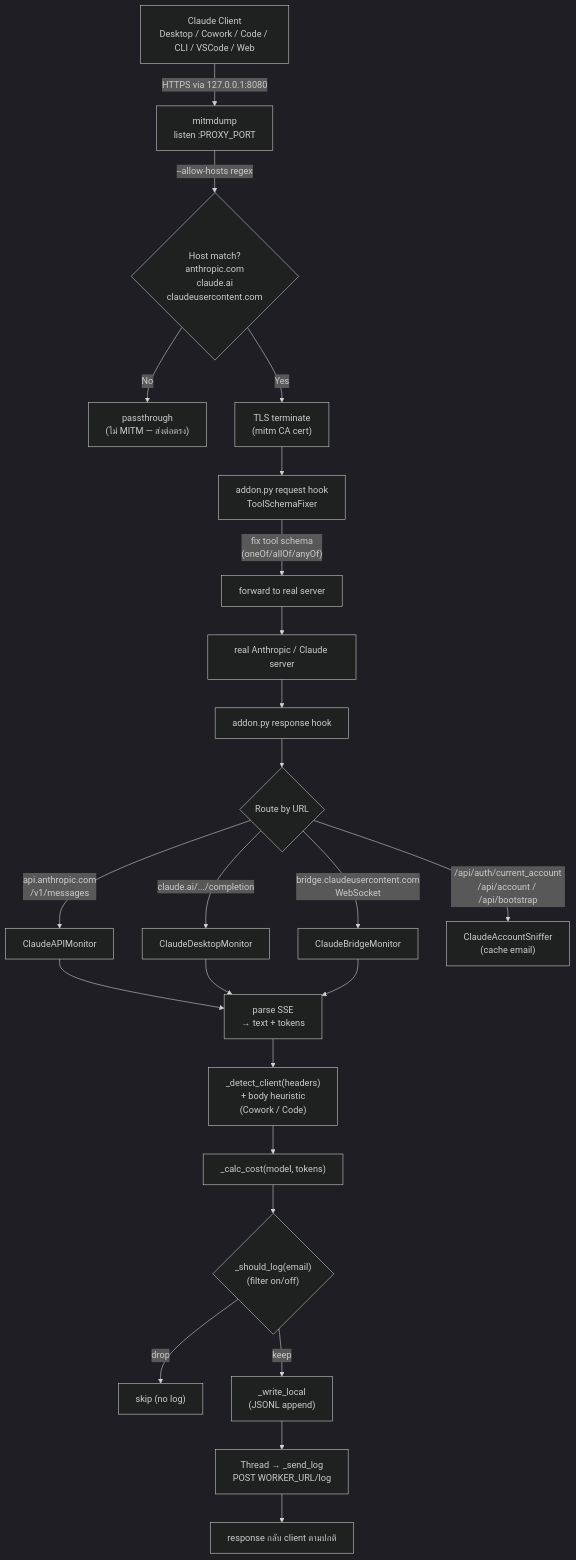
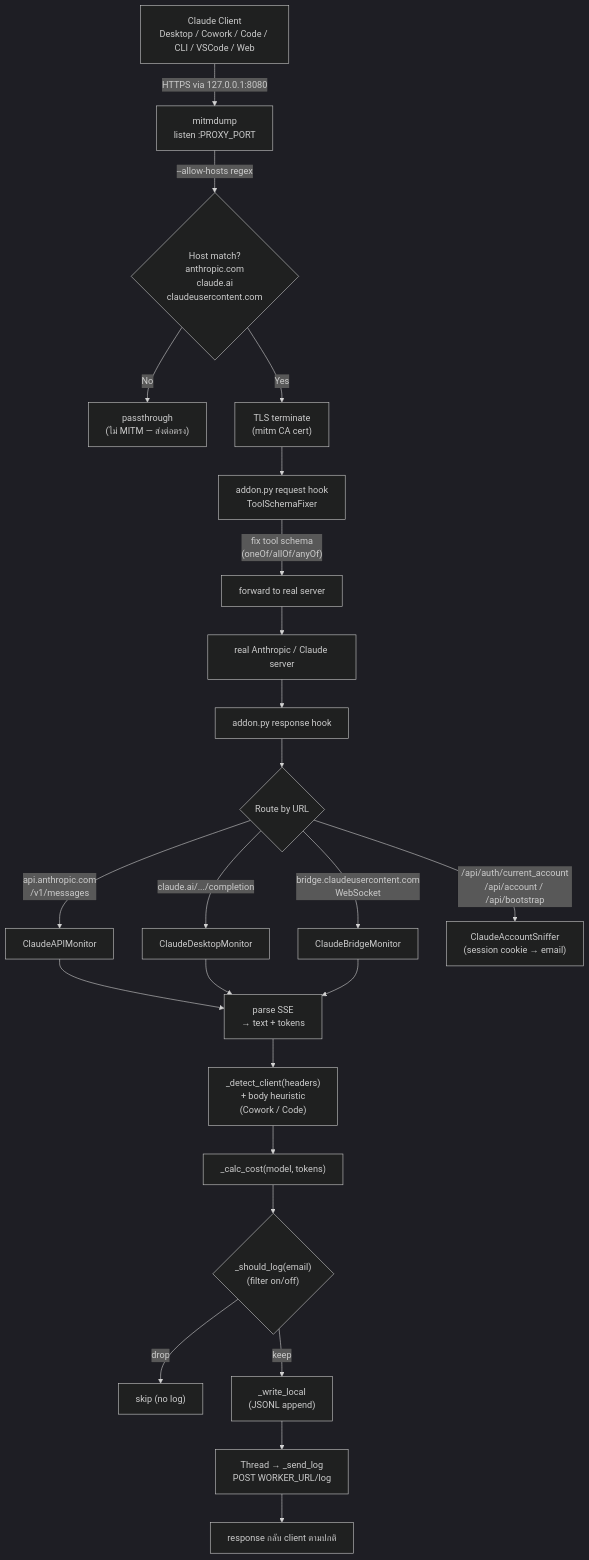
One commit to thanakritneung171/claude-monitor changed the diagram in proxy/PROXY-GUIDE.md. Above: the diagram before and after it, drawn with Mermaid (dark theme). The commit also changed other lines of this file and 45 other files, not shown here.

````diff
--- a/proxy/PROXY-GUIDE.md
+++ b/proxy/PROXY-GUIDE.md
@@ -97,26 +97,26 @@
 ```mermaid
 flowchart TD
     A["Claude Client<br/>Desktop / Cowork / Code / CLI / VSCode / Web"] -->|HTTPS via 127.0.0.1:8080| B["mitmdump<br/>listen :PROXY_PORT"]
     B -->|--allow-hosts regex| C{"Host match?<br/>anthropic.com<br/>claude.ai<br/>claudeusercontent.com"}
     C -->|No| Z["passthrough<br/>(ไม่ MITM — ส่งต่อตรง)"]
     C -->|Yes| D["TLS terminate<br/>(mitm CA cert)"]
     D --> E["addon.py request hook<br/>ToolSchemaFixer"]
     E -->|"fix tool schema<br/>(oneOf/allOf/anyOf)"| F["forward to real server"]
     F --> G["real Anthropic / Claude server"]
     G --> H["addon.py response hook"]
     H --> I{"Route by URL"}
     I -->|"api.anthropic.com<br/>/v1/messages"| J[ClaudeAPIMonitor]
     I -->|"claude.ai/.../completion"| K[ClaudeDesktopMonitor]
     I -->|"bridge.claudeusercontent.com<br/>WebSocket"| L[ClaudeBridgeMonitor]
-    I -->|"/api/auth/current_account<br/>/api/account / /api/bootstrap"| M["ClaudeAccountSniffer<br/>(cache email)"]
+    I -->|"/api/auth/current_account<br/>/api/account / /api/bootstrap"| M["ClaudeAccountSniffer<br/>(session cookie → email)"]
     J --> N["parse SSE<br/>→ text + tokens"]
     K --> N
     L --> N
     N --> O["_detect_client(headers)<br/>+ body heuristic<br/>(Cowork / Code)"]
     O --> P["_calc_cost(model, tokens)"]
     P --> Q{"_should_log(email)<br/>(filter on/off)"}
     Q -->|drop| X["skip (no log)"]
     Q -->|keep| R["_write_local<br/>(JSONL append)"]
     R --> S["Thread → _send_log<br/>POST WORKER_URL/log"]
     S --> T["response กลับ client ตามปกติ"]
 ```
````
